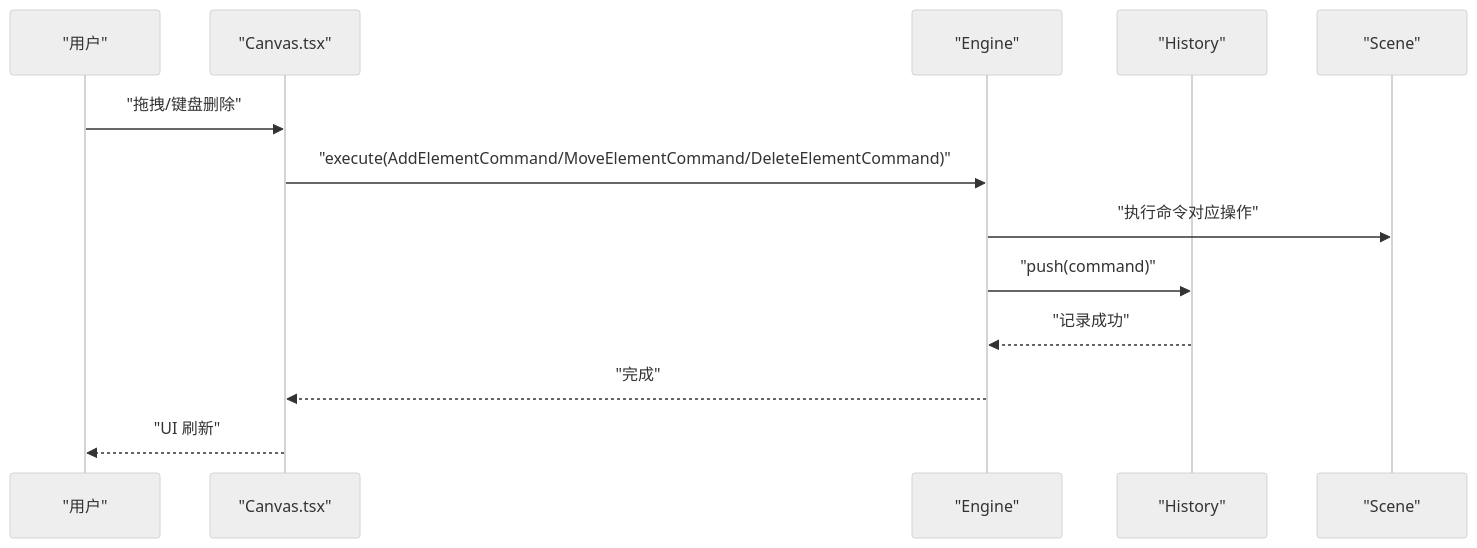
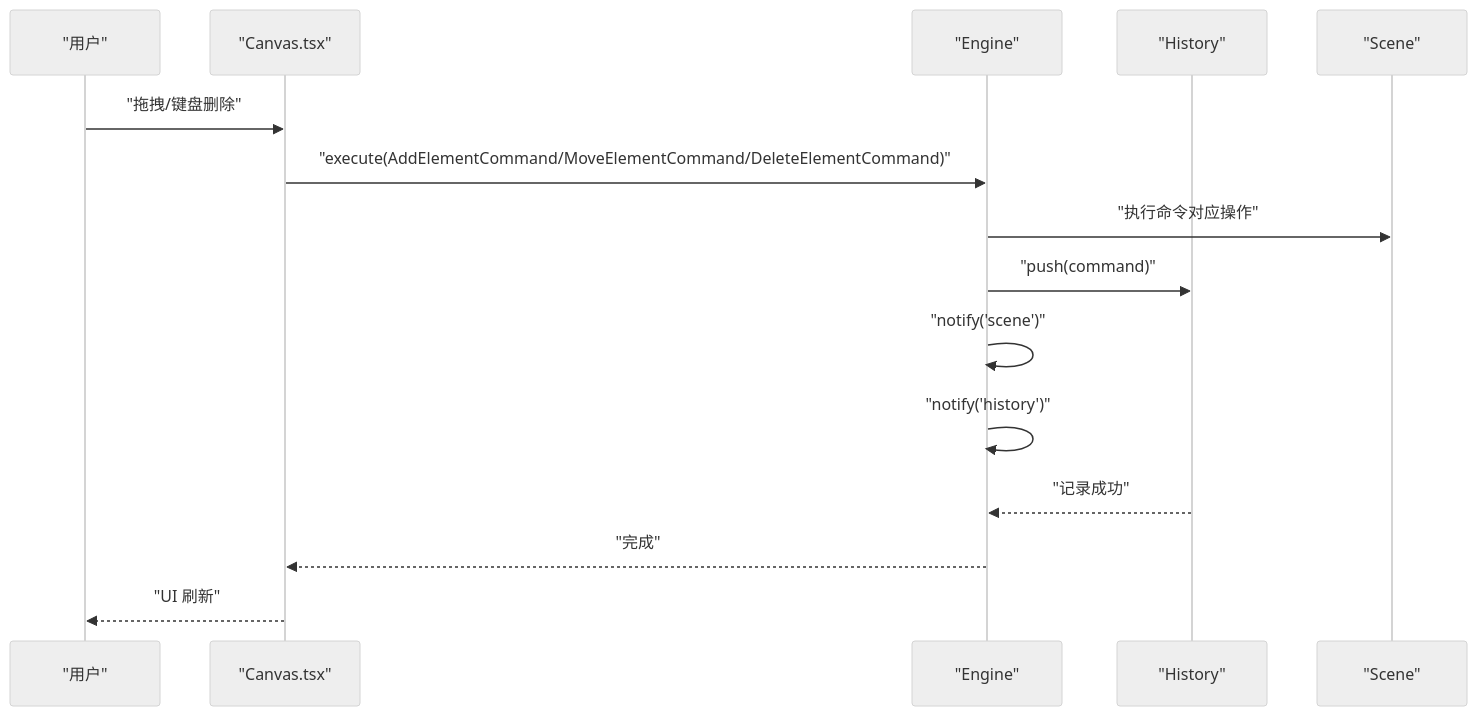
The fourth of 9 diagrams in .qoder/repowiki/zh/content/核心架构/数据流.md (Anna0314zy/ai_editor_enginer), drawn with Mermaid (neutral theme) before and after one commit. The commit also changed other lines of this file and 17 other files, not shown here.

````diff
--- a/.qoder/repowiki/zh/content/核心架构/数据流.md
+++ b/.qoder/repowiki/zh/content/核心架构/数据流.md
@@ -180,15 +317,17 @@
 ```mermaid
 sequenceDiagram
 participant U as "用户"
 participant C as "Canvas.tsx"
 participant E as "Engine"
 participant H as "History"
 participant S as "Scene"
 U->>C : "拖拽/键盘删除"
 C->>E : "execute(AddElementCommand/MoveElementCommand/DeleteElementCommand)"
 E->>S : "执行命令对应操作"
 E->>H : "push(command)"
+E->>E : "notify('scene')"
+E->>E : "notify('history')"
 H-->>E : "记录成功"
 E-->>C : "完成"
 C-->>U : "UI 刷新"
 ```
````
